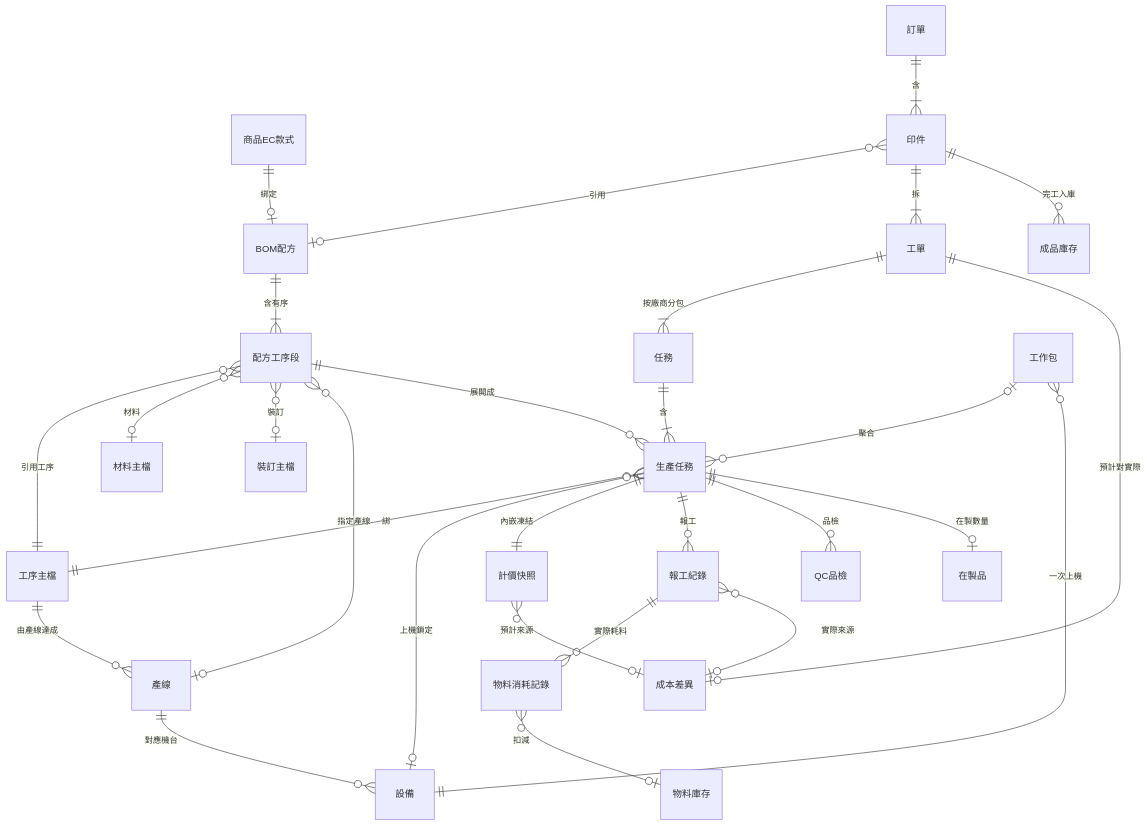
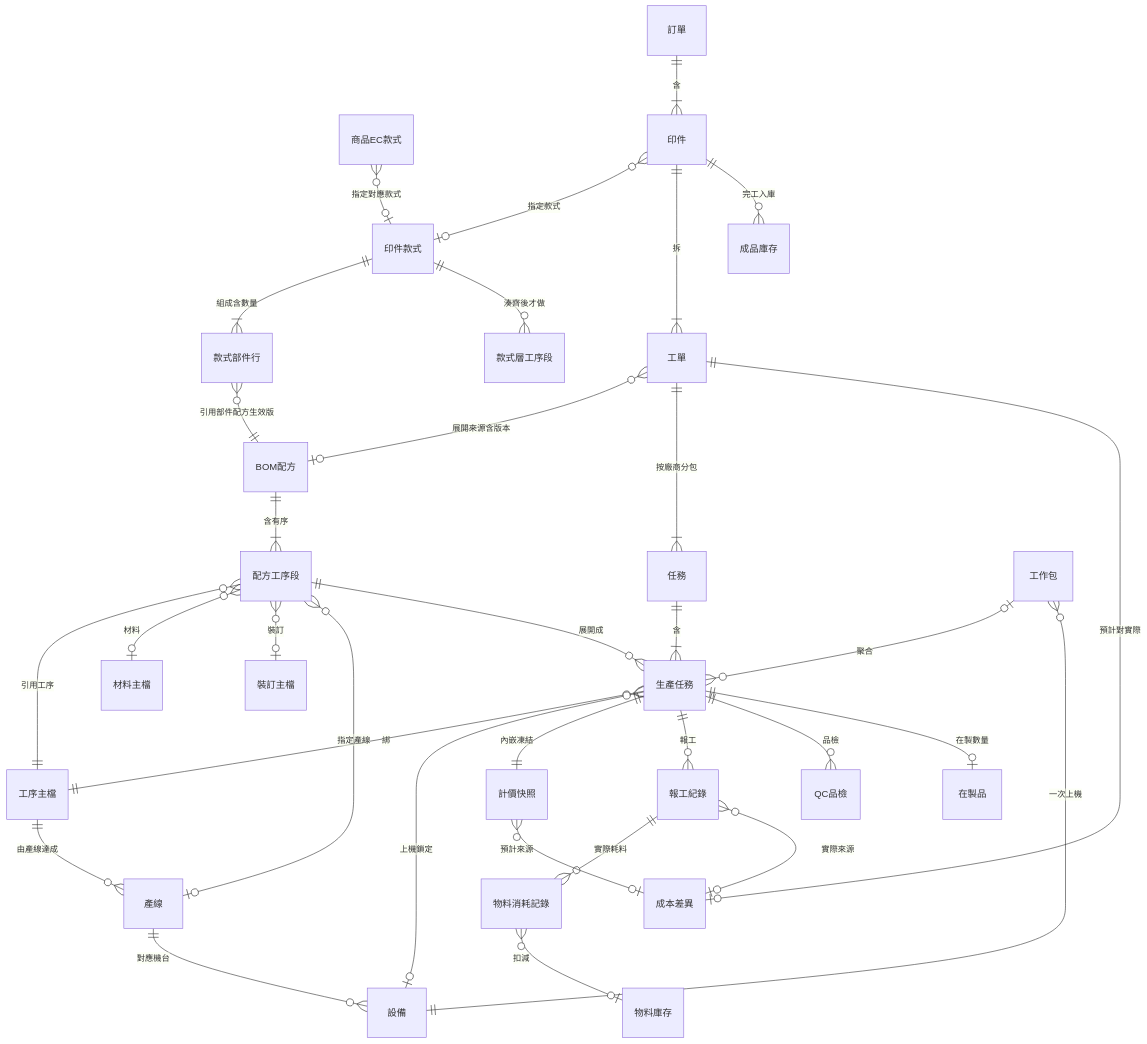
Before and after one commit to Kawato-Miles/erp-spec: the diagram in memory/Sens_wiki/wiki/erp/12-insights/2026-06-13-生產模組架構設計.md, drawn with Mermaid. The commit also changed other lines of this file and 3 other files, not shown here.

````diff
--- a/memory/Sens_wiki/wiki/erp/12-insights/2026-06-13-生產模組架構設計.md
+++ b/memory/Sens_wiki/wiki/erp/12-insights/2026-06-13-生產模組架構設計.md
@@ -134,31 +137,35 @@
 ```mermaid
 erDiagram
-    "商品EC款式"   ||--o| "BOM配方"     : "綁定"
+    "商品EC款式"   }o--o| "印件款式"    : "指定對應款式"
+    "印件款式"     ||--|{ "款式部件行"   : "組成含數量"
+    "款式部件行"   }o--|| "BOM配方"      : "引用部件配方生效版"
+    "印件款式"     ||--o{ "款式層工序段" : "湊齊後才做"
     "BOM配方"      ||--|{ "配方工序段"   : "含有序"
     "配方工序段"   }o--|| "工序主檔"     : "引用工序"
     "配方工序段"   }o--o| "材料主檔"     : "材料"
     "配方工序段"   }o--o| "裝訂主檔"     : "裝訂"
     "配方工序段"   }o--o| "產線"         : "指定產線"
     "工序主檔"     ||--o{ "產線"         : "由產線達成"
     "產線"         ||--o{ "設備"         : "對應機台"
     "訂單"         ||--|{ "印件"         : "含"
-    "印件"         }o--o| "BOM配方"      : "引用"
+    "印件"         }o--o| "印件款式"    : "指定款式"
     "印件"         ||--|{ "工單"         : "拆"
+    "工單"         }o--o| "BOM配方"      : "展開來源含版本"
     "工單"         ||--|{ "任務"         : "按廠商分包"
     "任務"         ||--|{ "生產任務"     : "含"
     "配方工序段"   ||--o{ "生產任務"     : "展開成"
     "生產任務"     }o--|| "工序主檔"     : "綁"
     "生產任務"     }o--o| "設備"         : "上機鎖定"
     "生產任務"     ||--|| "計價快照"     : "內嵌凍結"
     "工作包"       |o--o{ "生產任務"     : "聚合"
     "工作包"       }o--|| "設備"         : "一次上機"
     "生產任務"     ||--o{ "報工紀錄"     : "報工"
     "生產任務"     ||--o{ "QC品檢"       : "品檢"
     "報工紀錄"     ||--o{ "物料消耗記錄" : "實際耗料"
     "物料消耗記錄" }o--o| "物料庫存"     : "扣減"
     "生產任務"     ||--o| "在製品"       : "在製數量"
     "印件"         ||--o{ "成品庫存"     : "完工入庫"
     "工單"         ||--o| "成本差異"     : "預計對實際"
     "計價快照"     }o--o| "成本差異"     : "預計來源"
     "報工紀錄"     }o--o| "成本差異"     : "實際來源"
 ```
````
